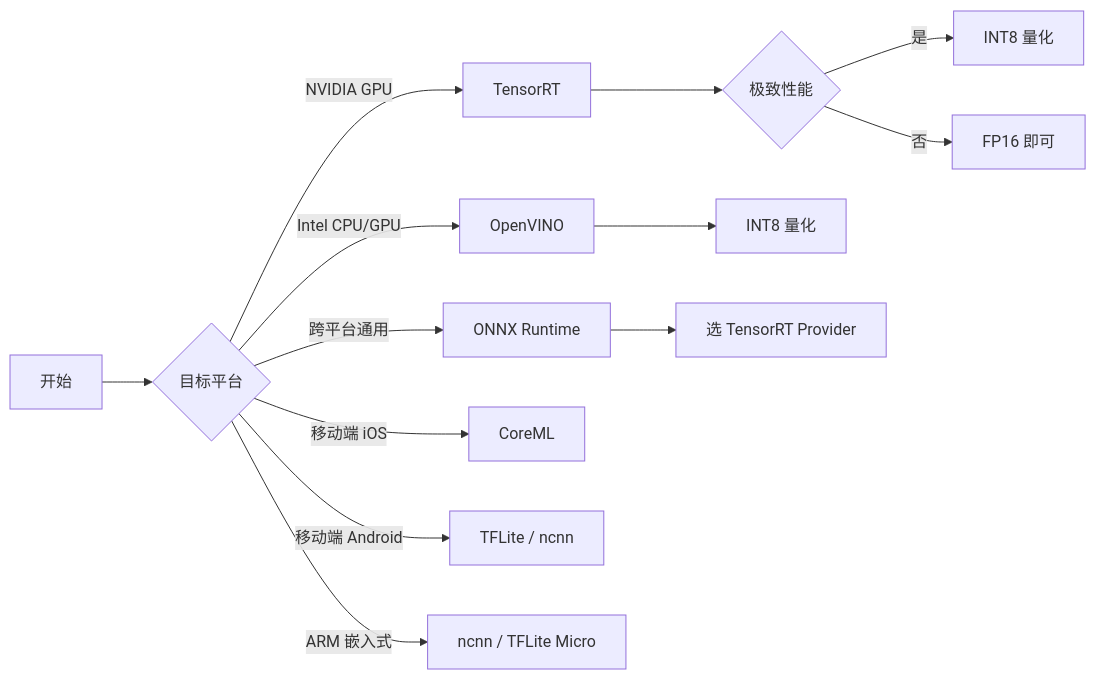
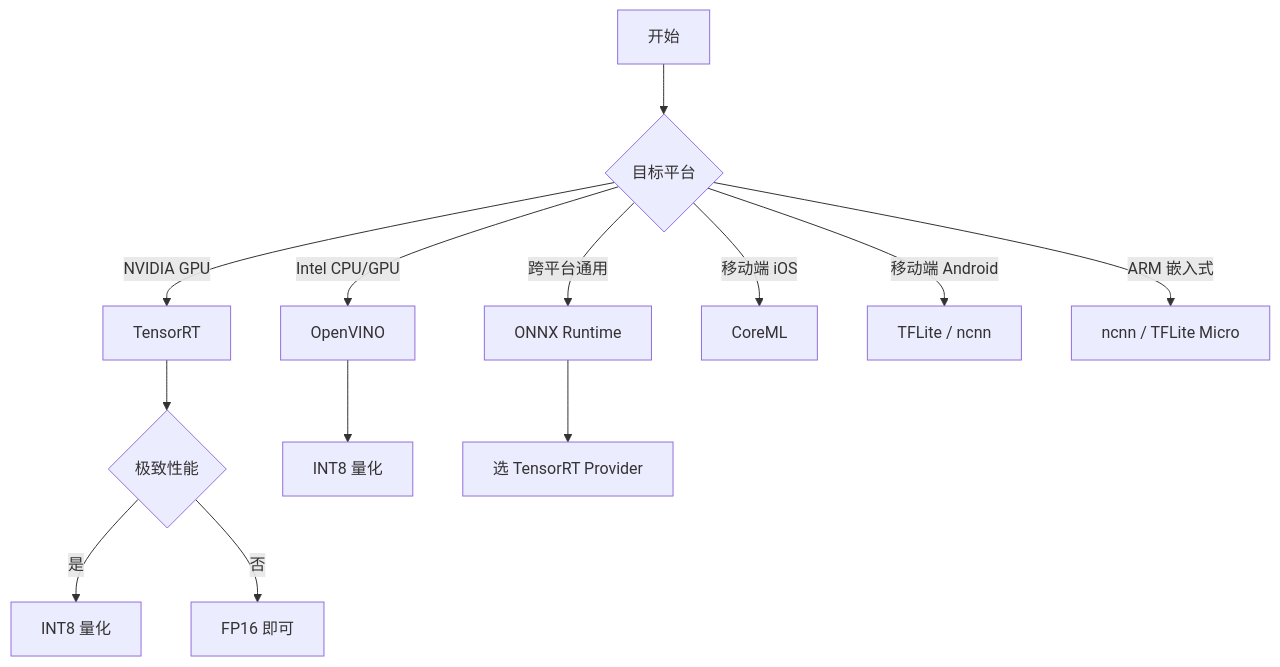
The first of 8 diagrams in chapters/PART10-训练优化与部署/10-4-模型部署实战.md (dwSun/AI-Tutorial), drawn with Mermaid before and after one commit. The commit also changed 19 other files, not shown here.

````diff
--- a/chapters/PART10-训练优化与部署/10-4-模型部署实战.md
+++ b/chapters/PART10-训练优化与部署/10-4-模型部署实战.md
@@ -555,15 +555,15 @@
 ```mermaid
-flowchart LR
+flowchart TD
   A[开始] --> B{目标平台}
   B -->|NVIDIA GPU| C[TensorRT]
   B -->|Intel CPU/GPU| D[OpenVINO]
   B -->|跨平台通用| E[ONNX Runtime]
   B -->|移动端 iOS| F[CoreML]
   B -->|移动端 Android| G[TFLite / ncnn]
   B -->|ARM 嵌入式| H[ncnn / TFLite Micro]
   C --> I{极致性能}
   I -->|是| J[INT8 量化]
   I -->|否| K[FP16 即可]
   D --> L[INT8 量化]
   E --> M[选 TensorRT Provider]
 ```
````
